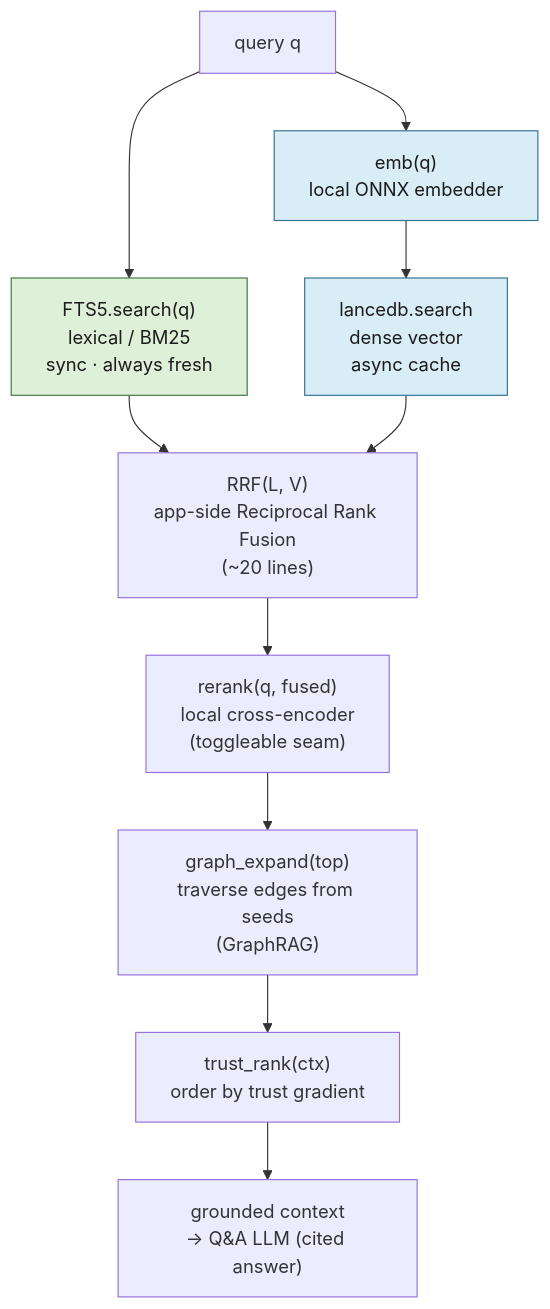
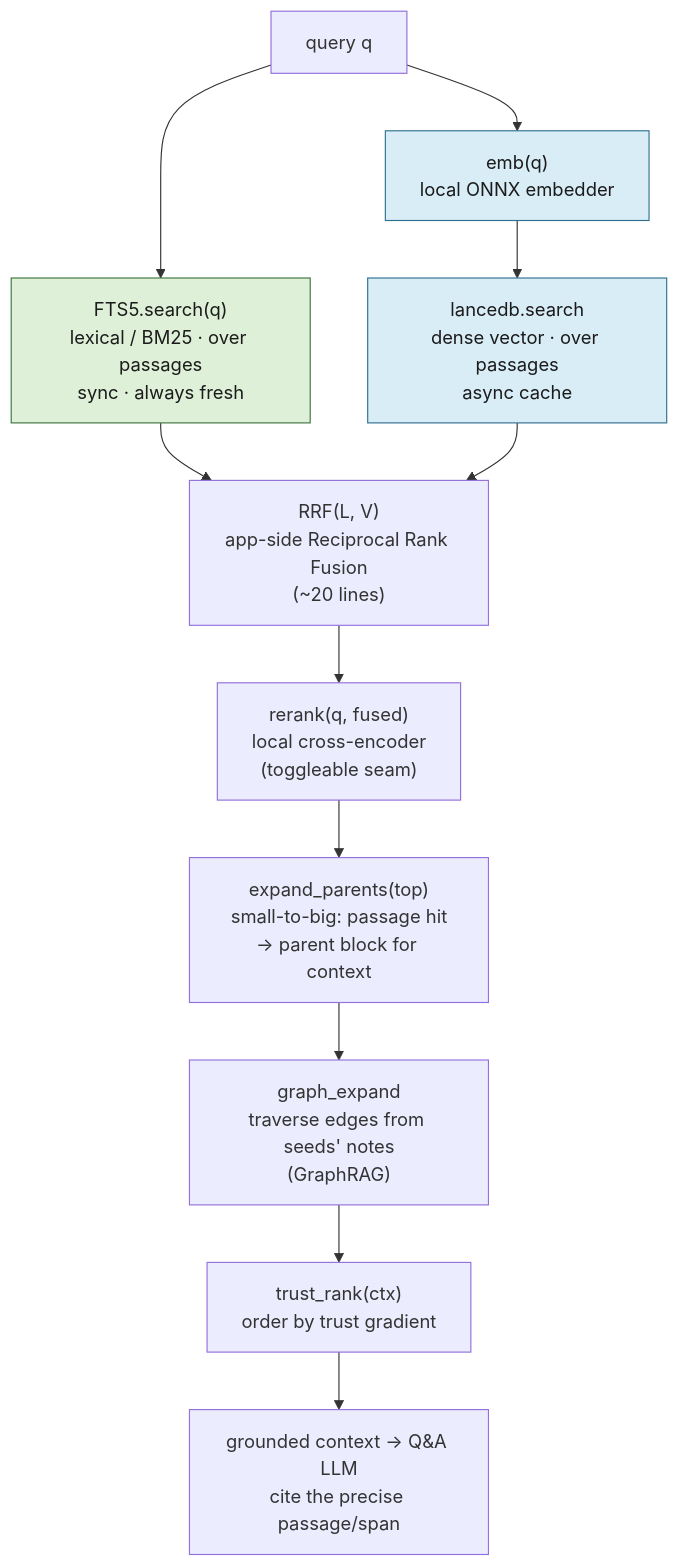
One commit to bildzeitung/lode changed the diagram in docs/retrieval.md. Above: the diagram before and after it, drawn with Mermaid. The commit also changed other lines of this file and 3 other files, not shown here.

First line of the commit message:
docs: passage-level retrieval + small-to-big citation granularity (#2)

````diff
--- a/docs/retrieval.md
+++ b/docs/retrieval.md
@@ -30,19 +57,20 @@
 ```mermaid
 flowchart TD
-    Q["query q"] --> L["FTS5.search(q)<br>lexical / BM25<br>sync · always fresh"]
+    Q["query q"] --> L["FTS5.search(q)<br>lexical / BM25 · over passages<br>sync · always fresh"]
     Q --> EMB["emb(q)<br>local ONNX embedder"]
-    EMB --> V["lancedb.search<br>dense vector<br>async cache"]
+    EMB --> V["lancedb.search<br>dense vector · over passages<br>async cache"]
 
     L --> RRF["RRF(L, V)<br>app-side Reciprocal Rank Fusion<br>(~20 lines)"]
     V --> RRF
 
     RRF --> RR["rerank(q, fused)<br>local cross-encoder<br>(toggleable seam)"]
-    RR --> GE["graph_expand(top)<br>traverse edges from seeds<br>(GraphRAG)"]
+    RR --> EP["expand_parents(top)<br>small-to-big: passage hit<br>→ parent block for context"]
+    EP --> GE["graph_expand<br>traverse edges from seeds' notes<br>(GraphRAG)"]
     GE --> TR["trust_rank(ctx)<br>order by trust gradient"]
-    TR --> OUT["grounded context<br>→ Q&A LLM (cited answer)"]
+    TR --> OUT["grounded context → Q&A LLM<br>cite the precise passage/span"]
 
     classDef fresh fill:#dff0d8,stroke:#3c763d,color:#1b1b1b;
     classDef cache fill:#d9edf7,stroke:#31708f,color:#1b1b1b;
     class L fresh;
     class V,EMB cache;
 ```
````
